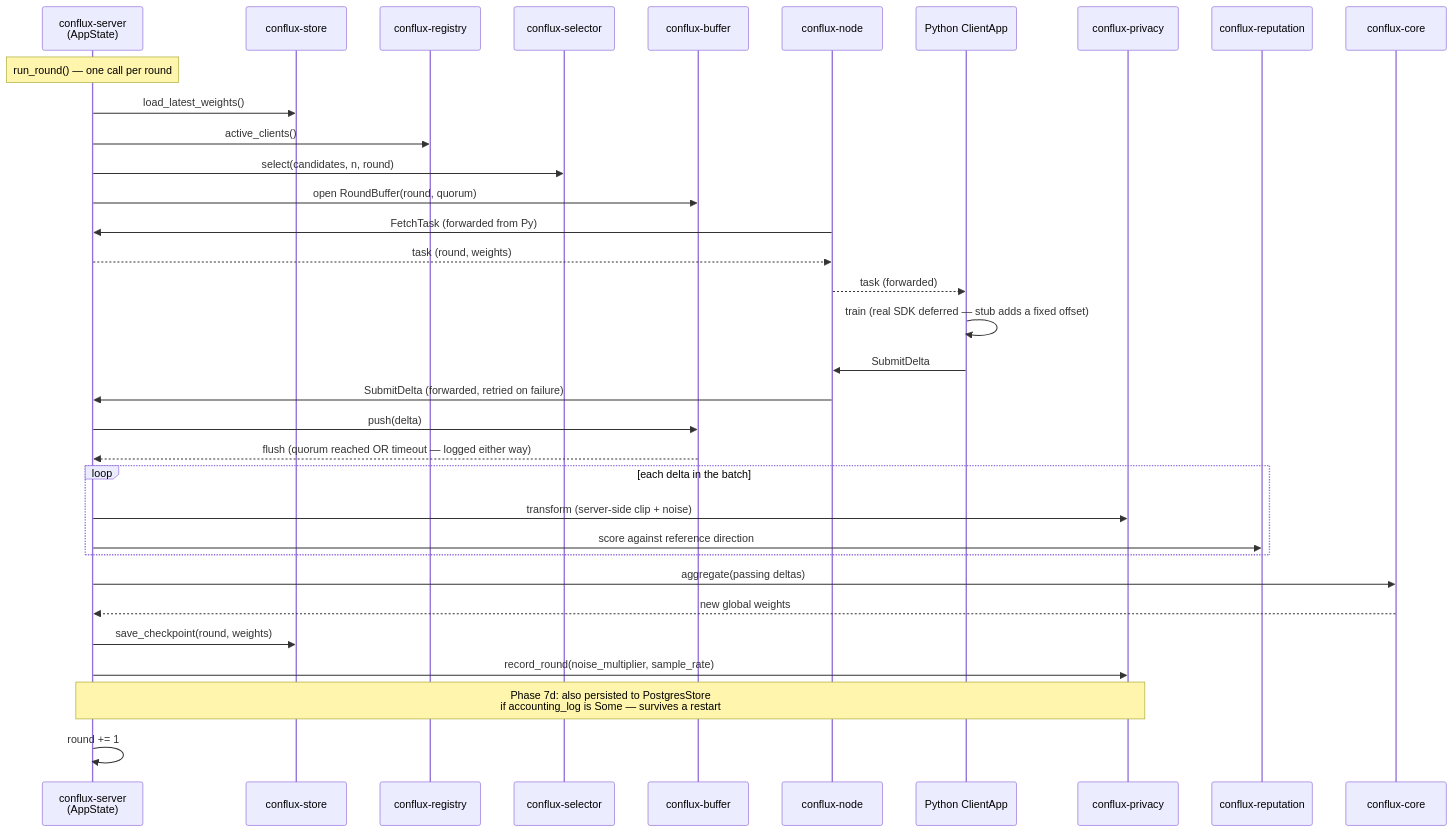
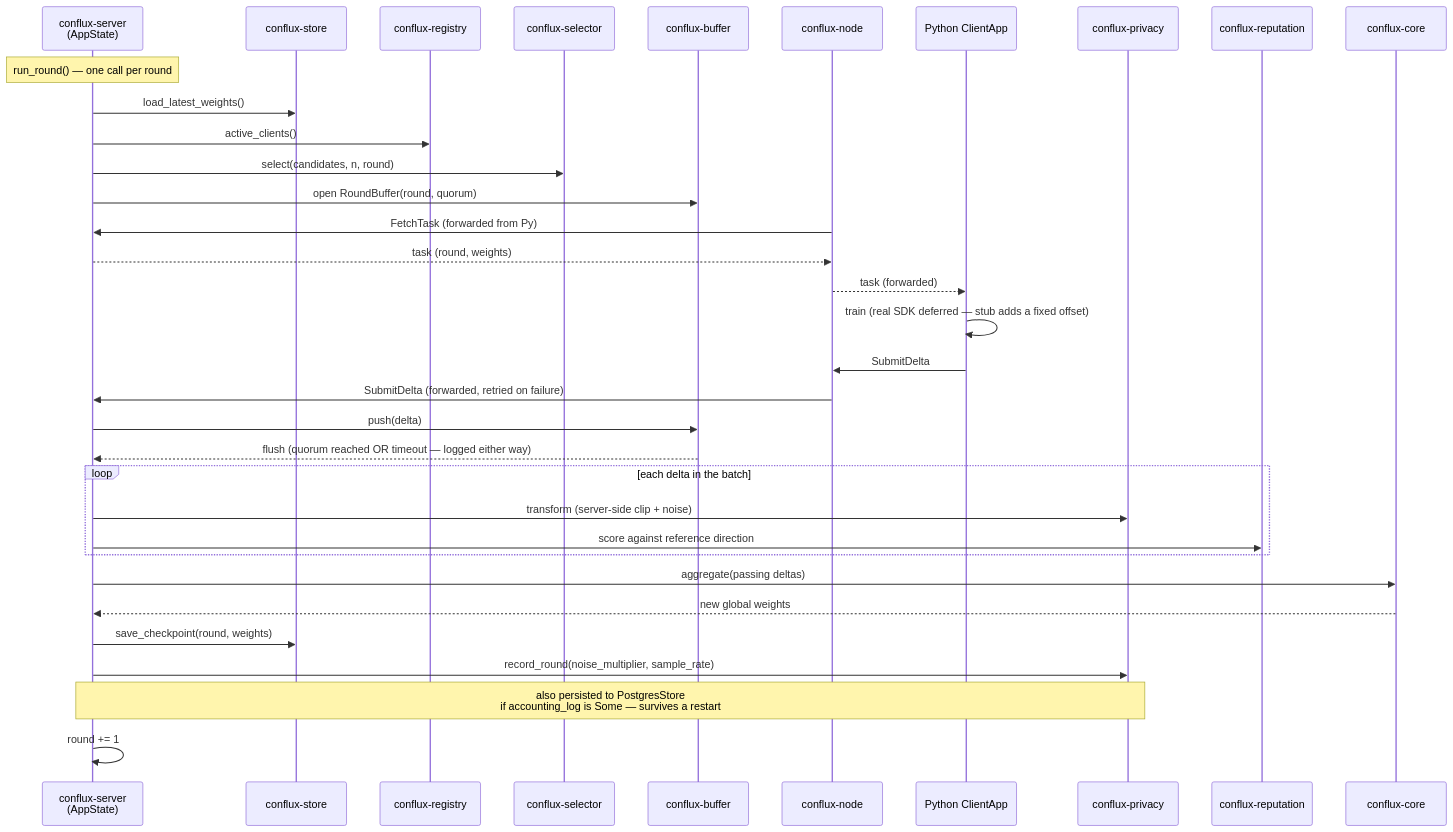
Before and after one commit to conflux-fl/conflux-fl: the second of 6 diagrams in docs/ARCHITECTURE.md, drawn with Mermaid. The commit also changed other lines of this file and 204 other files, not shown here.

````diff
--- a/docs/ARCHITECTURE.md
+++ b/docs/ARCHITECTURE.md
@@ -105,39 +106,39 @@
 ```mermaid
 sequenceDiagram
-    participant Server as conflux-server<br/>(AppState)
-    participant Store as conflux-store
-    participant Reg as conflux-registry
-    participant Sel as conflux-selector
-    participant Buf as conflux-buffer
-    participant Node as conflux-node
-    participant Py as Python ClientApp
-    participant Priv as conflux-privacy
-    participant Rep as conflux-reputation
-    participant Core as conflux-core
+ participant Server as conflux-server<br/>(AppState)
+ participant Store as conflux-store
+ participant Reg as conflux-registry
+ participant Sel as conflux-selector
+ participant Buf as conflux-buffer
+ participant Node as conflux-node
+ participant Py as Python ClientApp
+ participant Priv as conflux-privacy
+ participant Rep as conflux-reputation
+ participant Core as conflux-core
 
-    Note over Server: run_round() — one call per round
-    Server->>Store: load_latest_weights()
-    Server->>Reg: active_clients()
-    Server->>Sel: select(candidates, n, round)
-    Server->>Buf: open RoundBuffer(round, quorum)
+ Note over Server: run_round() — one call per round
+ Server->>Store: load_latest_weights()
+ Server->>Reg: active_clients()
+ Server->>Sel: select(candidates, n, round)
+ Server->>Buf: open RoundBuffer(round, quorum)
 
-    Node->>Server: FetchTask (forwarded from Py)
-    Server-->>Node: task (round, weights)
-    Node-->>Py: task (forwarded)
-    Py->>Py: train (real SDK deferred — stub adds a fixed offset)
-    Py->>Node: SubmitDelta
-    Node->>Server: SubmitDelta (forwarded, retried on failure)
-    Server->>Buf: push(delta)
+ Node->>Server: FetchTask (forwarded from Py)
+ Server-->>Node: task (round, weights)
+ Node-->>Py: task (forwarded)
+ Py->>Py: train (real SDK deferred — stub adds a fixed offset)
+ Py->>Node: SubmitDelta
+ Node->>Server: SubmitDelta (forwarded, retried on failure)
+ Server->>Buf: push(delta)
 
-    Buf-->>Server: flush (quorum reached OR timeout — logged either way)
-    loop each delta in the batch
-        Server->>Priv: transform (server-side clip + noise)
-        Server->>Rep: score against reference direction
-    end
-    Server->>Core: aggregate(passing deltas)
-    Core-->>Server: new global weights
-    Server->>Store: save_checkpoint(round, weights)
-    Server->>Priv: record_round(noise_multiplier, sample_rate)
-    Note over Server,Priv: Phase 7d: also persisted to PostgresStore<br/>if accounting_log is Some — survives a restart
-    Server->>Server: round += 1
+ Buf-->>Server: flush (quorum reached OR timeout — logged either way)
+ loop each delta in the batch
+ Server->>Priv: transform (server-side clip + noise)
+ Server->>Rep: score against reference direction
+ end
+ Server->>Core: aggregate(passing deltas)
+ Core-->>Server: new global weights
+ Server->>Store: save_checkpoint(round, weights)
+ Server->>Priv: record_round(noise_multiplier, sample_rate)
+ Note over Server,Priv: also persisted to PostgresStore<br/>if accounting_log is Some — survives a restart
+ Server->>Server: round += 1
 ```
````
